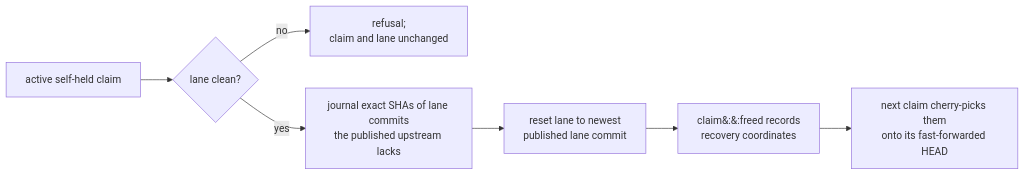
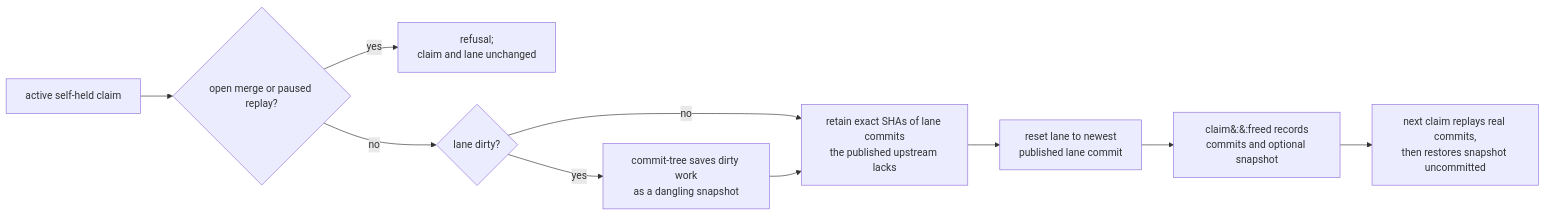
Before and after one commit to infimalabs/spice-rust: the third of 17 diagrams in docs/product/loops.md, drawn with Mermaid. The commit also changed other lines of this file and 14 other files, not shown here.

First line of the commit message:
task: Park dirty lane work as a dangling snapshot on release and restore it uncommitted

````diff
--- a/docs/product/loops.md
+++ b/docs/product/loops.md
@@ -42,9 +42,12 @@
 ```mermaid
 flowchart LR
-  A["active self-held claim"] --> C{"lane clean?"}
-  C -- no --> X["refusal;<br/>claim and lane unchanged"]
-  C -- yes --> P["journal exact SHAs of lane commits<br/>the published upstream lacks"]
+  A["active self-held claim"] --> M{"open merge or paused replay?"}
+  M -- yes --> X["refusal;<br/>claim and lane unchanged"]
+  M -- no --> C{"lane dirty?"}
+  C -- yes --> S["commit-tree saves dirty work<br/>as a dangling snapshot"]
+  C -- no --> P["retain exact SHAs of lane commits<br/>the published upstream lacks"]
+  S --> P
   P --> R["reset lane to newest<br/>published lane commit"]
-  R --> F["claim&#58;&#58;freed records<br/>recovery coordinates"]
-  F --> N["next claim cherry-picks them<br/>onto its fast-forwarded HEAD"]
+  R --> F["claim&#58;&#58;freed records<br/>commits and optional snapshot"]
+  F --> N["next claim replays real commits,<br/>then restores snapshot uncommitted"]
 ```
````
